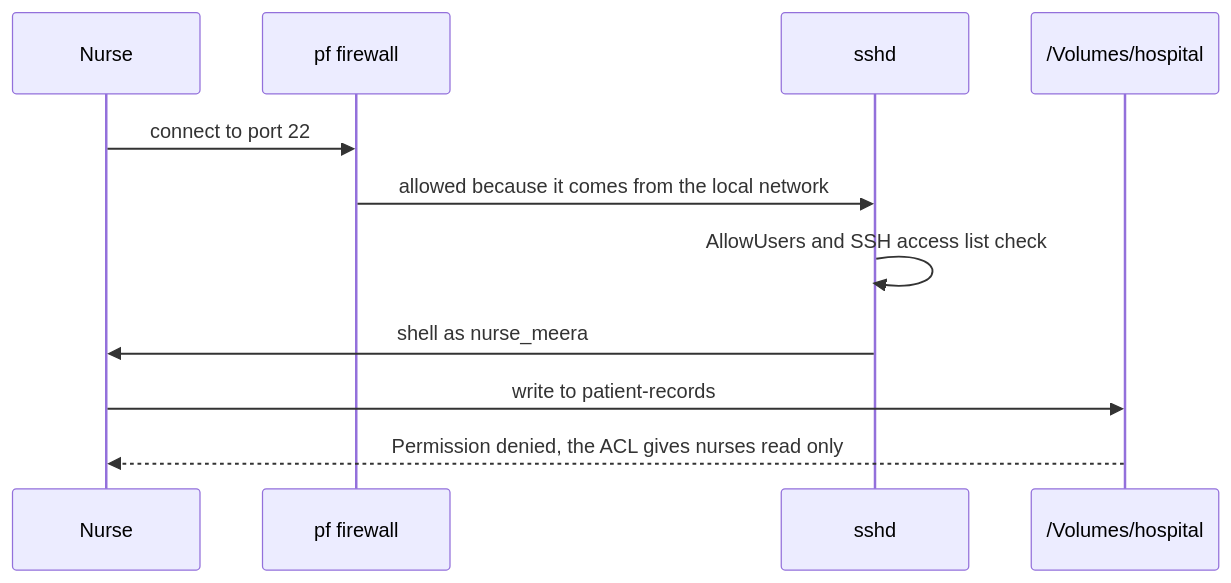
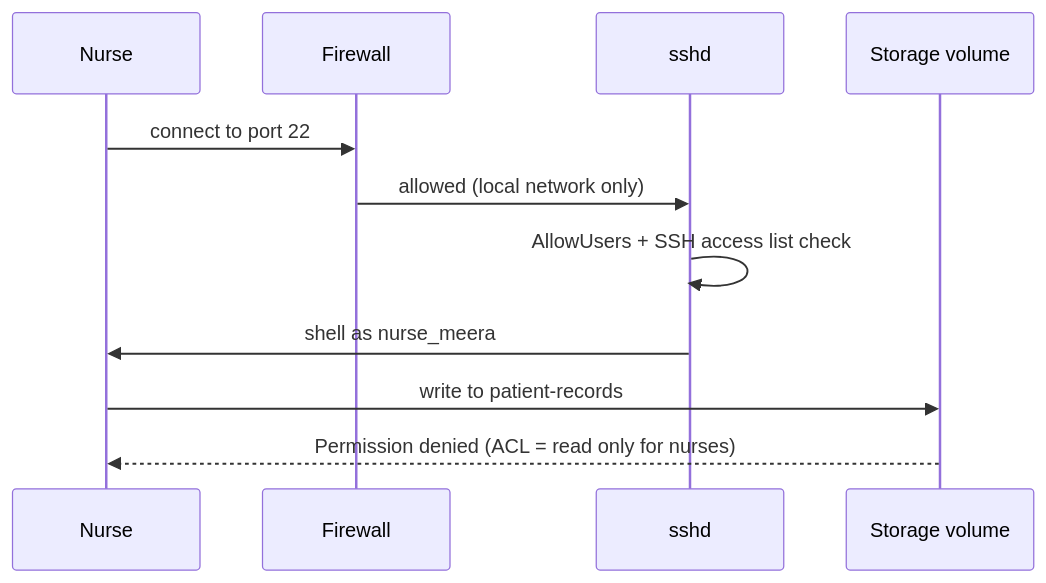
The second of 3 diagrams in README.md (allenasat044-prog/OrangeCats), drawn with Mermaid before and after one commit. The commit also changed other lines of this file and 2 other files, not shown here.

````diff
--- a/README.md
+++ b/README.md
@@ -74,13 +137,13 @@
 ```mermaid
 sequenceDiagram
   participant N as Nurse
-  participant FW as pf firewall
+  participant FW as Firewall
   participant SSH as sshd
-  participant FS as /Volumes/hospital
+  participant FS as Storage volume
   N->>FW: connect to port 22
-  FW->>SSH: allowed because it comes from the local network
-  SSH->>SSH: AllowUsers and SSH access list check
+  FW->>SSH: allowed (local network only)
+  SSH->>SSH: AllowUsers + SSH access list check
   SSH->>N: shell as nurse_meera
   N->>FS: write to patient-records
-  FS-->>N: Permission denied, the ACL gives nurses read only
+  FS-->>N: Permission denied (ACL = read only for nurses)
 ```
````
